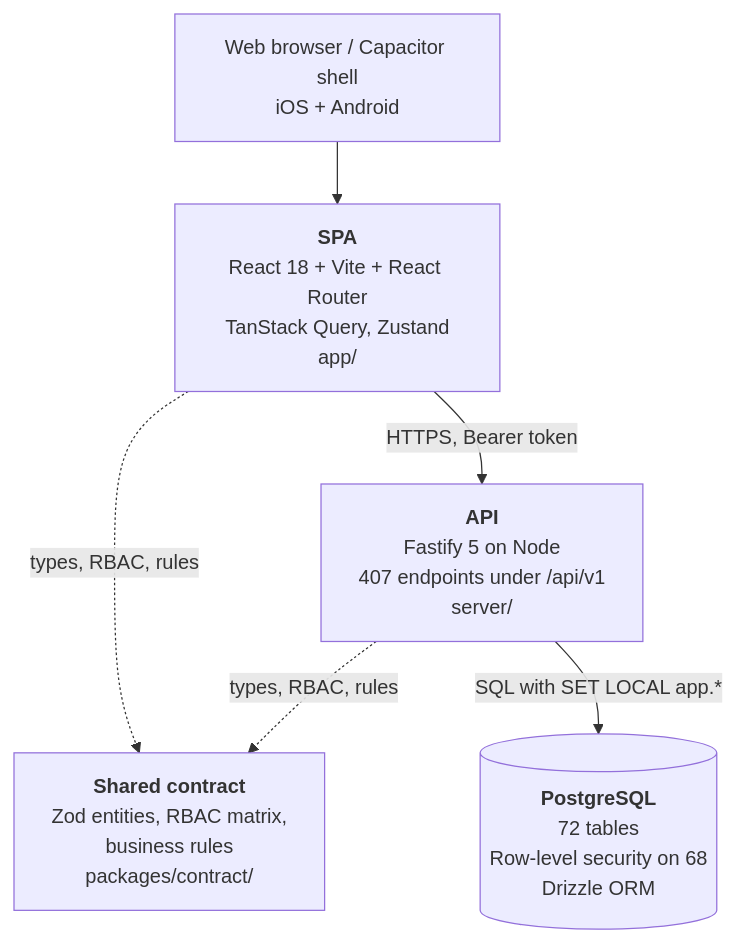
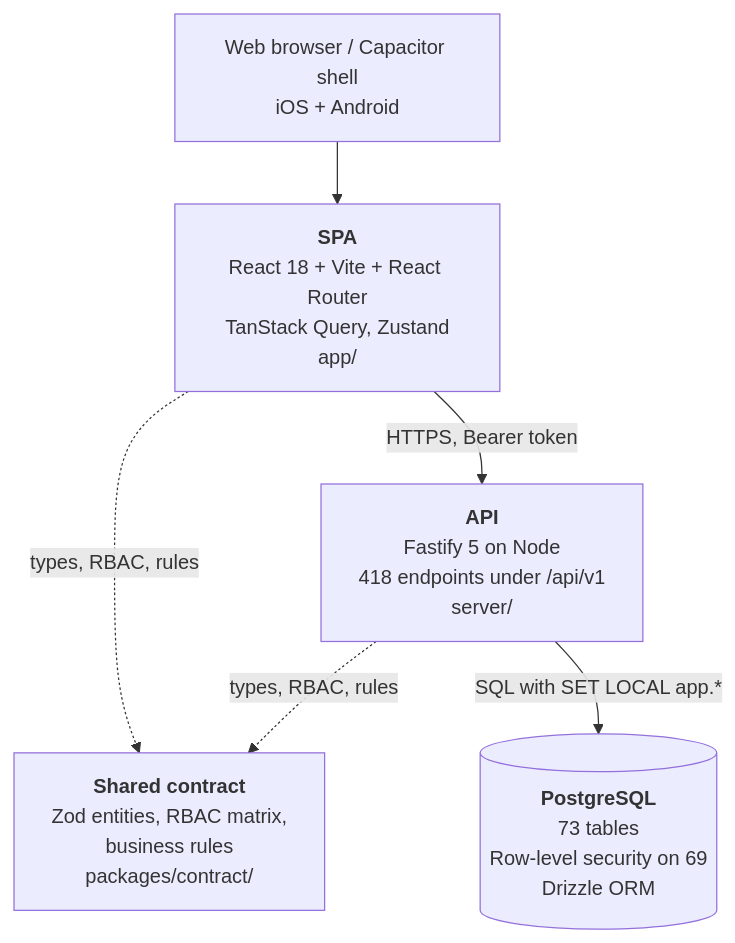
Before and after one commit to tazamohd/SlClNe: the second of 4 diagrams in docs/15_C4_ARCHITECTURE_DIAGRAMS/C4_MODEL.md, drawn with Mermaid. The commit also changed other lines of this file and 52 other files, not shown here.

````diff
--- a/docs/15_C4_ARCHITECTURE_DIAGRAMS/C4_MODEL.md
+++ b/docs/15_C4_ARCHITECTURE_DIAGRAMS/C4_MODEL.md
@@ -42,13 +42,13 @@
 ```mermaid
 flowchart TB
   browser["Web browser / Capacitor shell<br/>iOS + Android"]
   spa["<b>SPA</b><br/>React 18 + Vite + React Router<br/>TanStack Query, Zustand<br/>app/"]
-  api["<b>API</b><br/>Fastify 5 on Node<br/>407 endpoints under /api/v1<br/>server/"]
+  api["<b>API</b><br/>Fastify 5 on Node<br/>418 endpoints under /api/v1<br/>server/"]
   contract["<b>Shared contract</b><br/>Zod entities, RBAC matrix,<br/>business rules<br/>packages/contract/"]
-  db[("<b>PostgreSQL</b><br/>72 tables<br/>Row-level security on 68<br/>Drizzle ORM")]
+  db[("<b>PostgreSQL</b><br/>73 tables<br/>Row-level security on 69<br/>Drizzle ORM")]
   browser --> spa
   spa -->|"HTTPS, Bearer token"| api
   spa -.->|"types, RBAC, rules"| contract
   api -.->|"types, RBAC, rules"| contract
   api -->|"SQL with SET LOCAL app.*"| db
 ```
````
